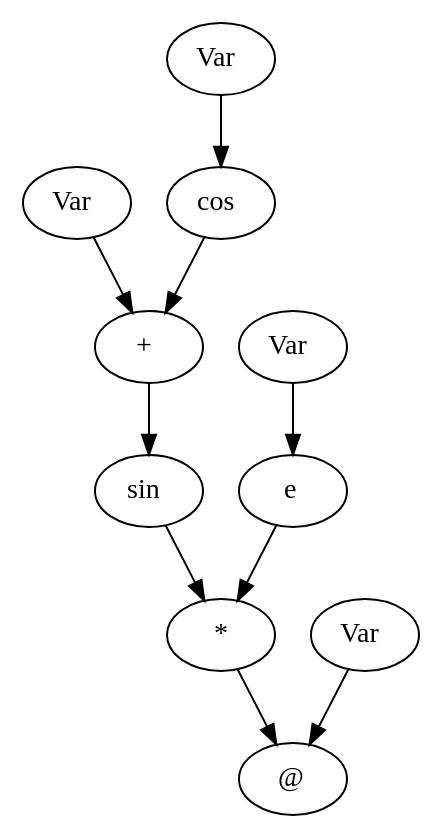
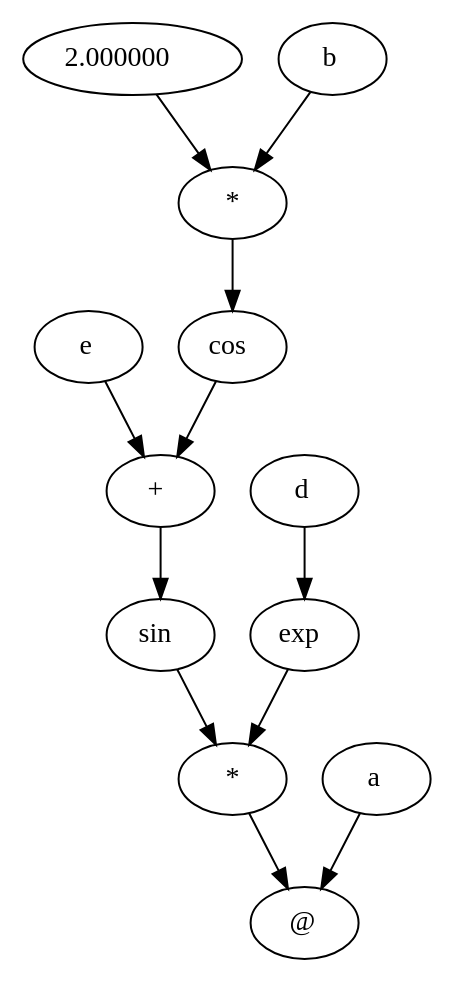
One commit to kartiksrinivas007/NABLA-Automatic-differentiation changed the diagram in Transpiler/computational_graph.dot. Above: the diagram before and after it, drawn with Graphviz. The commit also changed 8 other files, not shown here.

Commit message:
add computational graph generation

```diff
--- a/Transpiler/computational_graph.dot
+++ b/Transpiler/computational_graph.dot
@@ -1,21 +1,25 @@
 digraph {
-n12[label=<@>]
+n14[label=<@>]
+n13 -> n14
+n0 -> n14
+n13[label=<*>]
+n12 -> n13
+n7 -> n13
+n12[label=<sin>]
 n11 -> n12
-n0 -> n12
-n11[label=<*>]
+n11[label=<+>]
+n4 -> n11
 n10 -> n11
-n7 -> n11
-n10[label=<sin>]
+n4[label=<e>]
+n10[label=<cos>]
 n9 -> n10
-n9[label=<+>]
-n4 -> n9
+n9[label=<*>]
 n8 -> n9
-n4[label=<Var>]
-n8[label=<cos>]
-n1 -> n8
-n1[label=<Var>]
-n7[label=<e>]
+n1 -> n9
+n8[label=<2.000000>]
+n1[label=<b>]
+n7[label=<exp>]
 n3 -> n7
-n3[label=<Var>]
-n0[label=<Var>]
+n3[label=<d>]
+n0[label=<a>]
 }
```
